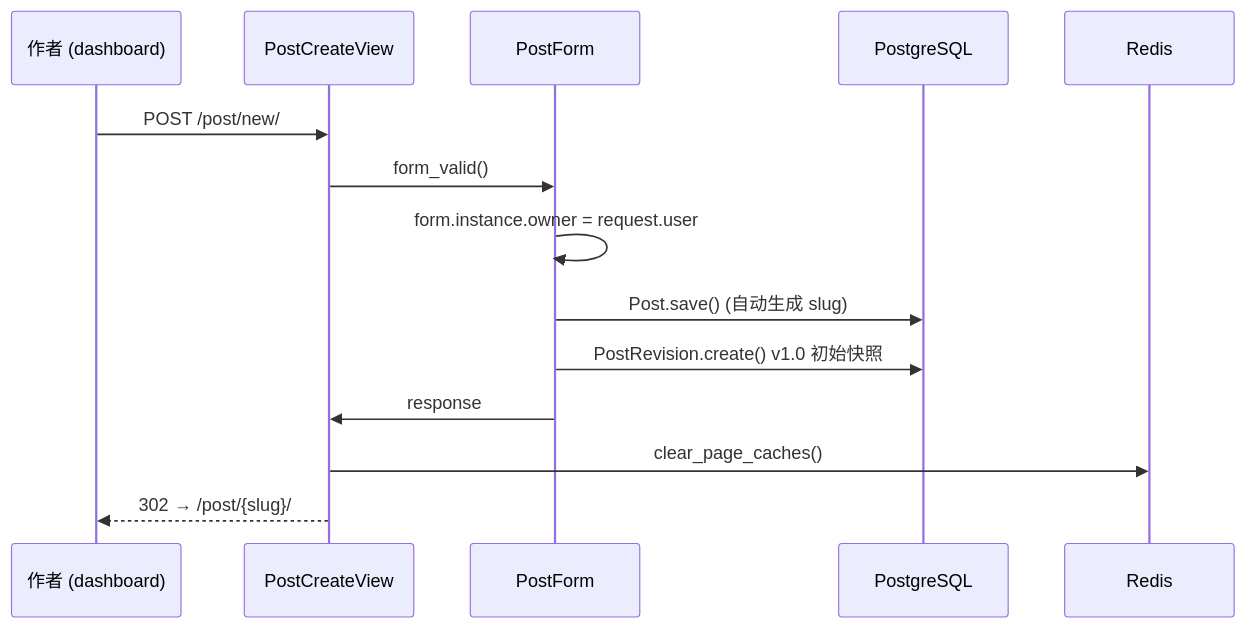
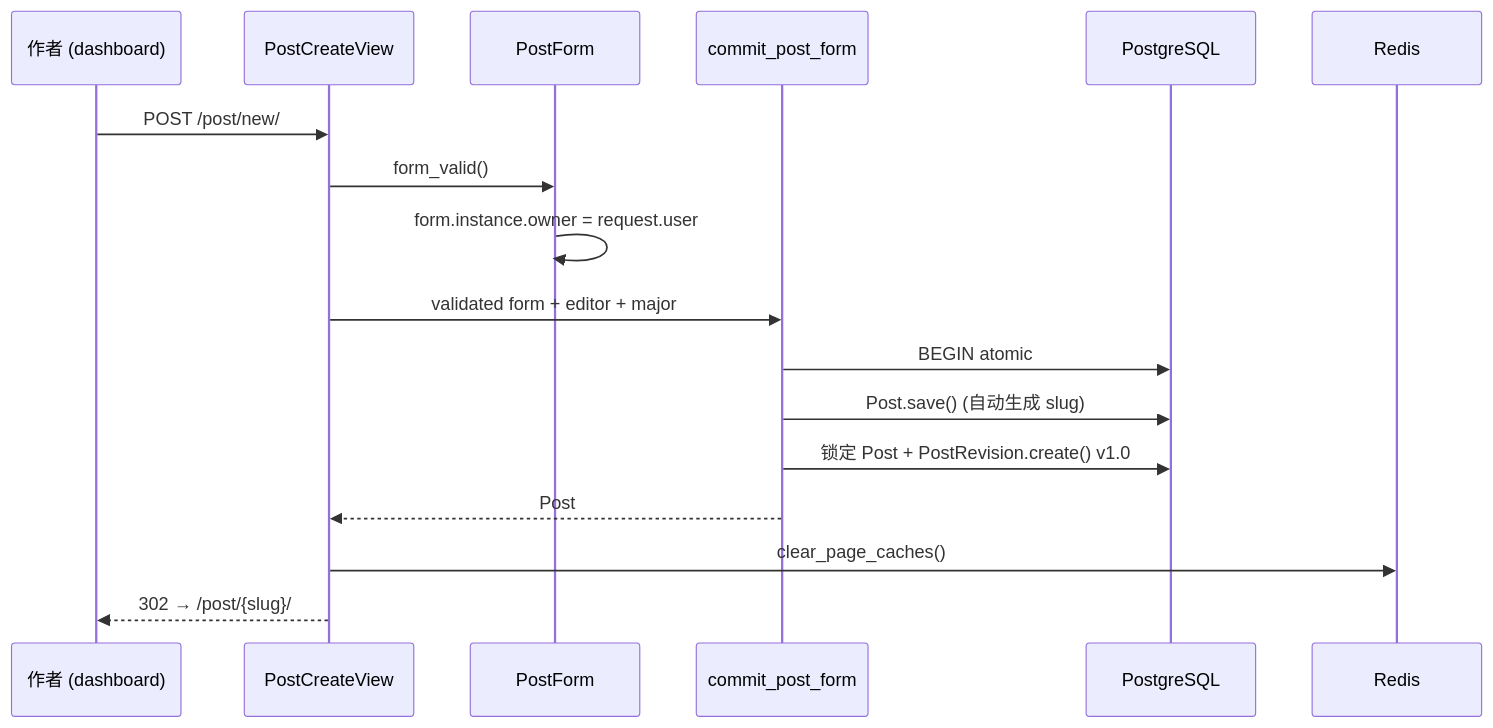
Before and after one commit to se-veN714/PowerAdapterBlogs: the fourth of 8 diagrams in Blogs/DEVELOPMENT.md, drawn with Mermaid. The commit also changed other lines of this file and 23 other files, not shown here.

Commit message:
docs: consolidate guides and update v2 roadmap

````diff
--- a/Blogs/DEVELOPMENT.md
+++ b/Blogs/DEVELOPMENT.md
@@ -285,17 +352,20 @@
 ```mermaid
 sequenceDiagram
     participant Author as 作者 (dashboard)
     participant View as PostCreateView
     participant Form as PostForm
+    participant Service as commit_post_form
     participant DB as PostgreSQL
     participant Cache as Redis
 
     Author->>View: POST /post/new/
     View->>Form: form_valid()
     Form->>Form: form.instance.owner = request.user
-    Form->>DB: Post.save() (自动生成 slug)
-    Form->>DB: PostRevision.create() v1.0 初始快照
-    Form->>View: response
+    View->>Service: validated form + editor + major
+    Service->>DB: BEGIN atomic
+    Service->>DB: Post.save() (自动生成 slug)
+    Service->>DB: 锁定 Post + PostRevision.create() v1.0
+    Service-->>View: Post
     View->>Cache: clear_page_caches()
     View-->>Author: 302 → /post/{slug}/
 ```
````
